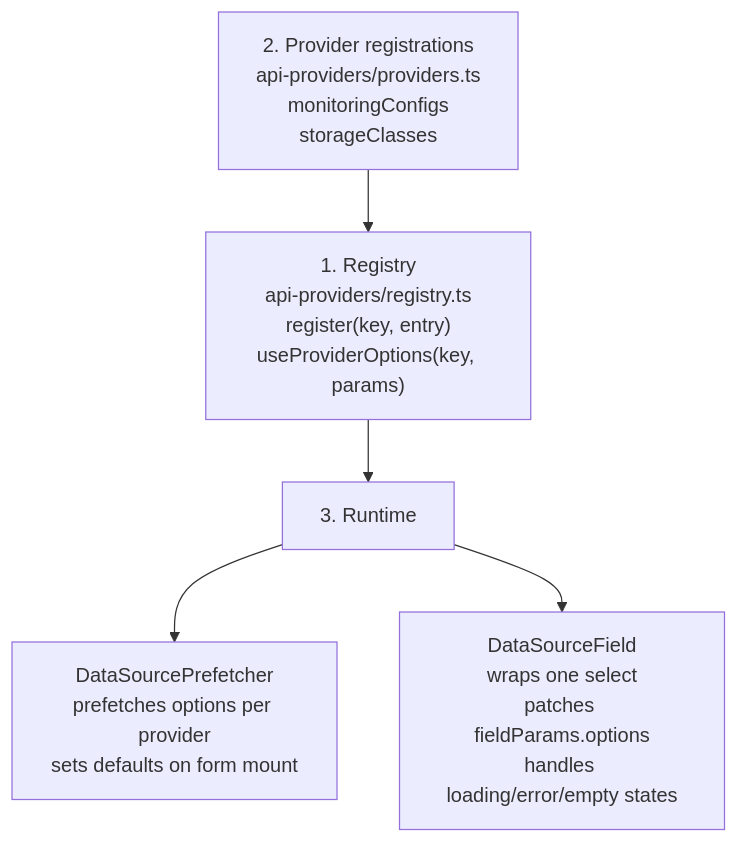
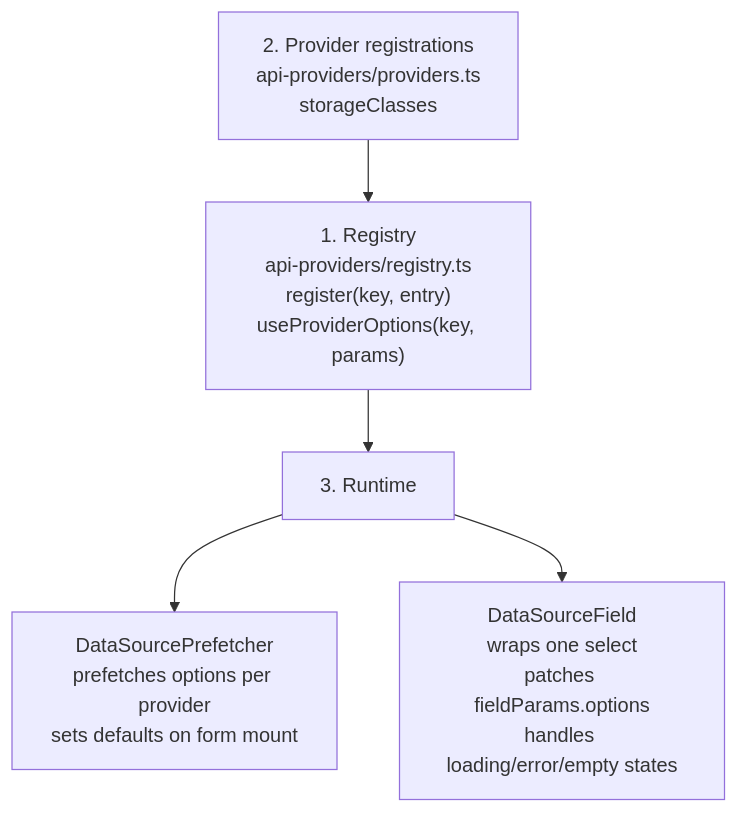
Before and after one commit to openeverest/openeverest: the second of 3 diagrams in docs/ui/architecture/ui-generator/pipeline.md, drawn with Mermaid. The commit also changed other lines of this file and 83 other files, not shown here.

````diff
--- a/docs/ui/architecture/ui-generator/pipeline.md
+++ b/docs/ui/architecture/ui-generator/pipeline.md
@@ -129,13 +129,13 @@
 ```mermaid
 flowchart TD
   REG["1. Registry<br/>api-providers/registry.ts<br/>register(key, entry)<br/>useProviderOptions(key, params)"]
-  PROVIDERS["2. Provider registrations<br/>api-providers/providers.ts<br/>monitoringConfigs<br/>storageClasses"]
+  PROVIDERS["2. Provider registrations<br/>api-providers/providers.ts<br/>storageClasses"]
   RUNTIME["3. Runtime"]
   PREFETCH["DataSourcePrefetcher<br/>prefetches options per provider<br/>sets defaults on form mount"]
   FIELD["DataSourceField<br/>wraps one select<br/>patches fieldParams.options<br/>handles loading/error/empty states"]
 
   PROVIDERS --> REG
   REG --> RUNTIME
   RUNTIME --> PREFETCH
   RUNTIME --> FIELD
 ```
````
